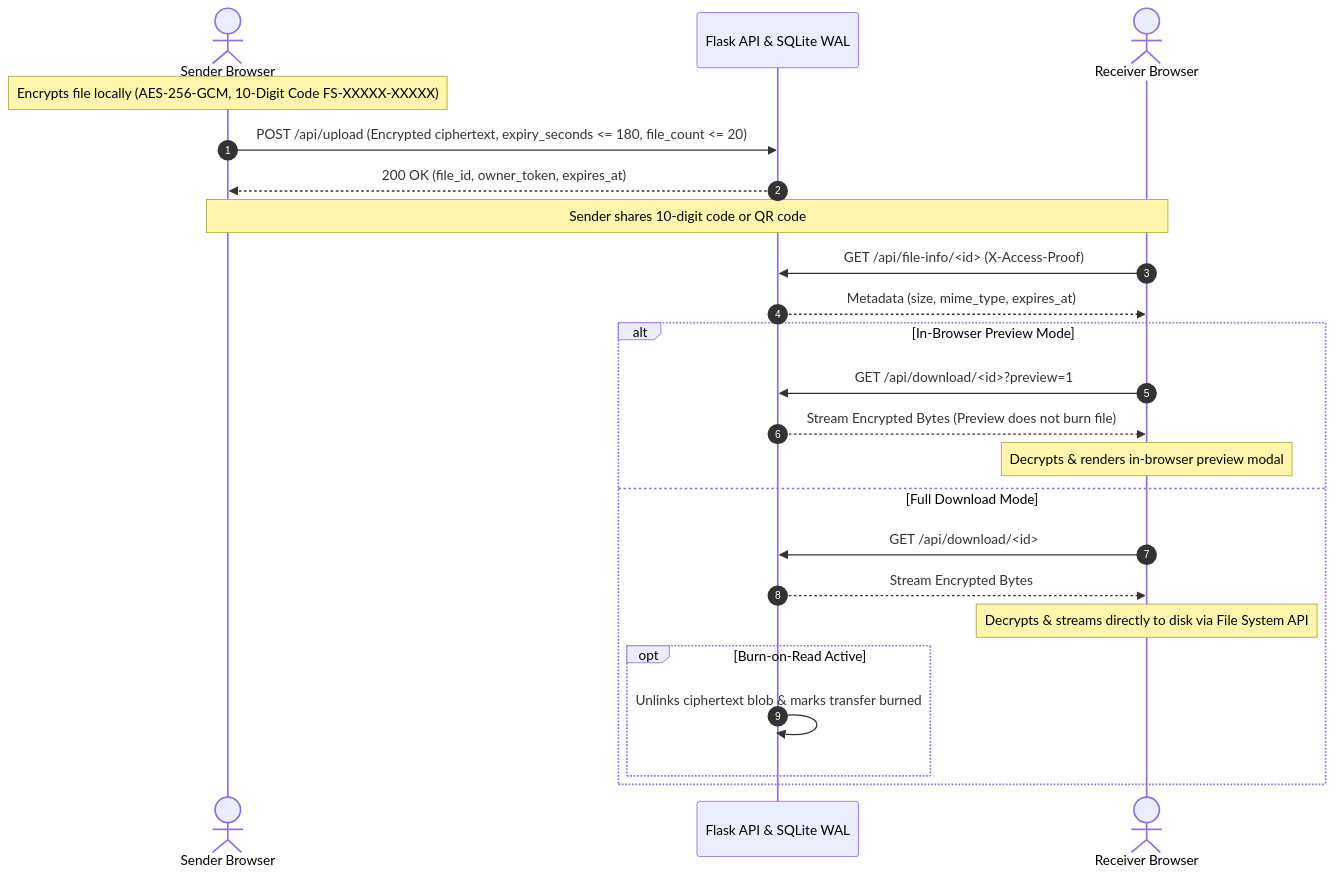
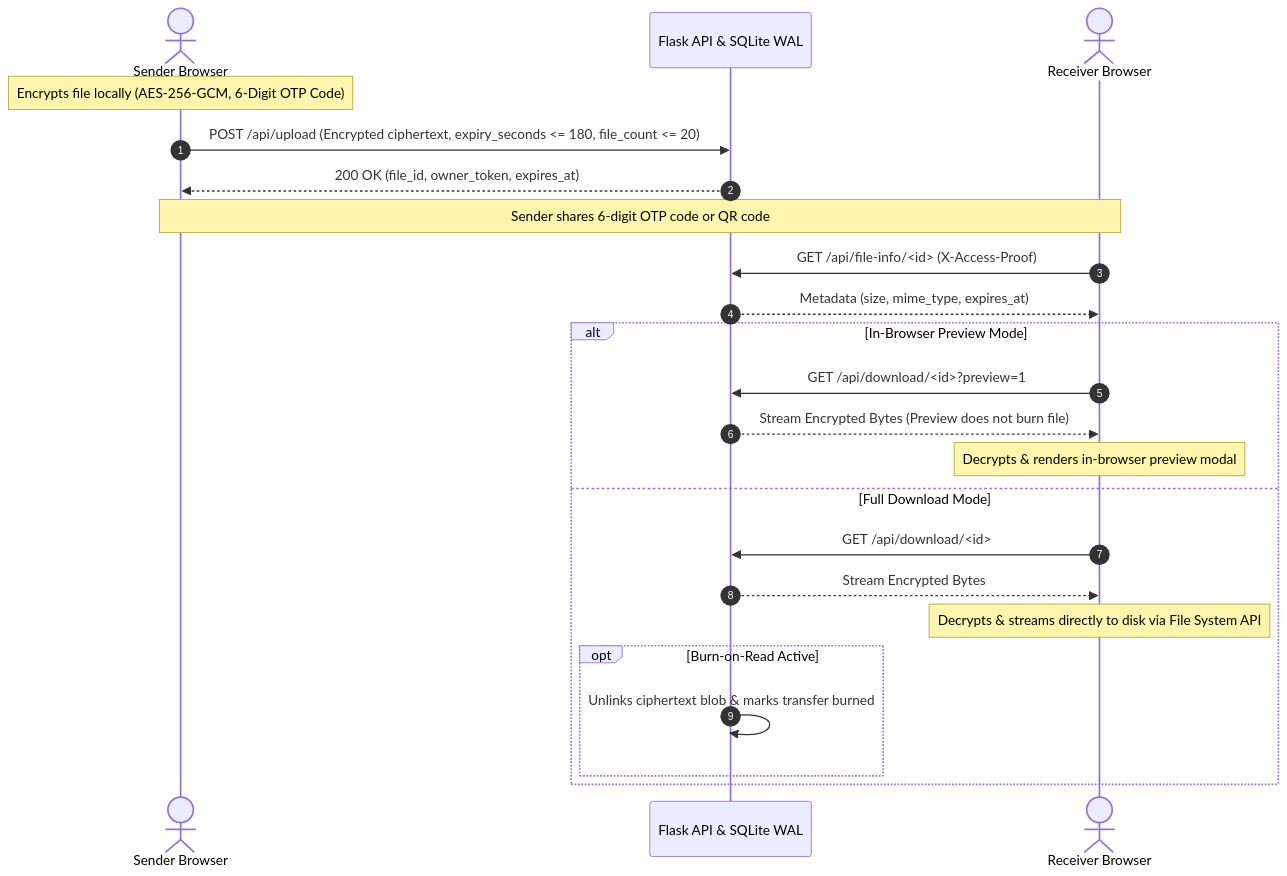
One commit to Sujalkathait/filesender changed the second of 2 diagrams in README.md. Above: the diagram before and after it, drawn with Mermaid. The commit also changed other lines of this file and 24 other files, not shown here.

Commit message:
feat: enforce 6-digit numeric OTP transfer codes, mandatory burn-on-read, light/dark mode, and remove settings modal

````diff
--- a/README.md
+++ b/README.md
@@ -107,28 +107,28 @@
 ```mermaid
 sequenceDiagram
     autonumber
     actor Sender as Sender Browser
     participant Backend as Flask API & SQLite WAL
     actor Receiver as Receiver Browser
 
-    Note over Sender: Encrypts file locally (AES-256-GCM, 10-Digit Code FS-XXXXX-XXXXX)
+    Note over Sender: Encrypts file locally (AES-256-GCM, 6-Digit OTP Code)
     Sender->>Backend: POST /api/upload (Encrypted ciphertext, expiry_seconds <= 180, file_count <= 20)
     Backend-->>Sender: 200 OK (file_id, owner_token, expires_at)
 
-    Note over Sender,Receiver: Sender shares 10-digit code or QR code
+    Note over Sender,Receiver: Sender shares 6-digit OTP code or QR code
     Receiver->>Backend: GET /api/file-info/<id> (X-Access-Proof)
     Backend-->>Receiver: Metadata (size, mime_type, expires_at)
 
     alt In-Browser Preview Mode
         Receiver->>Backend: GET /api/download/<id>?preview=1
         Backend-->>Receiver: Stream Encrypted Bytes (Preview does not burn file)
         Note over Receiver: Decrypts & renders in-browser preview modal
     else Full Download Mode
         Receiver->>Backend: GET /api/download/<id>
         Backend-->>Receiver: Stream Encrypted Bytes
         Note over Receiver: Decrypts & streams directly to disk via File System API
         opt Burn-on-Read Active
             Backend->>Backend: Unlinks ciphertext blob & marks transfer burned
         end
     end
 ```
````
